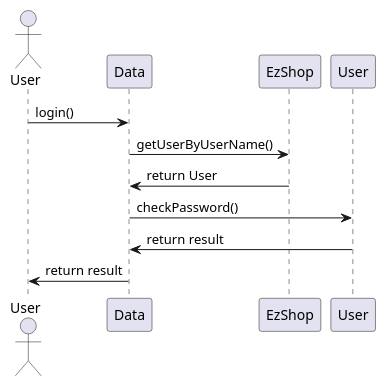
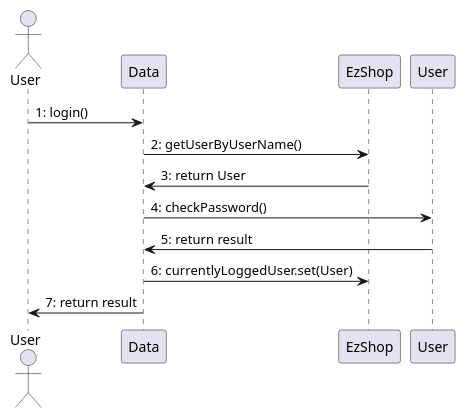
Before and after one commit to paolotron/EzshoProject31: diagram 11 of 15 in Deliverables/DesignDocument.md, drawn with PlantUML.

Commit message:
fixing login diagram

````diff
--- a/Deliverables/DesignDocument.md
+++ b/Deliverables/DesignDocument.md
@@ -492,15 +492,16 @@
 ``` plantuml
 @startuml
 actor User as U1
 participant Data
 participant EzShop
 participant User as U2
 
-U1->Data: login()
-Data->EzShop: getUserByUserName()
-EzShop -> Data : return User
-Data -> U2 : checkPassword()
-U2 -> Data : return result
-Data -> U1 : return result
+U1->Data: 1: login()
+Data->EzShop: 2: getUserByUserName()
+EzShop -> Data : 3: return User
+Data -> U2 : 4: checkPassword()
+U2 -> Data : 5: return result
+Data->EzShop: 6: currentlyLoggedUser.set(User)
+Data -> U1 : 7: return result
 @enduml
 ```
````
